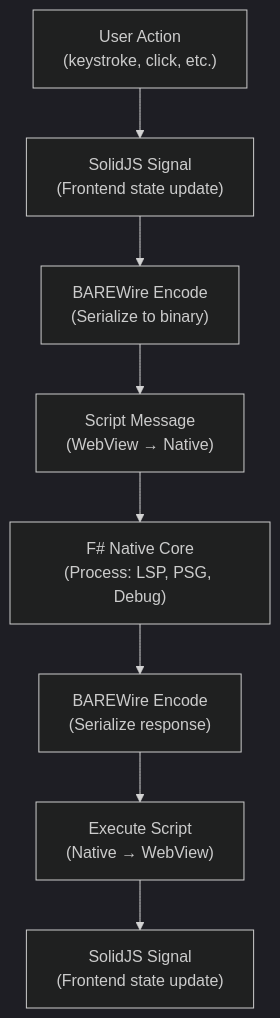
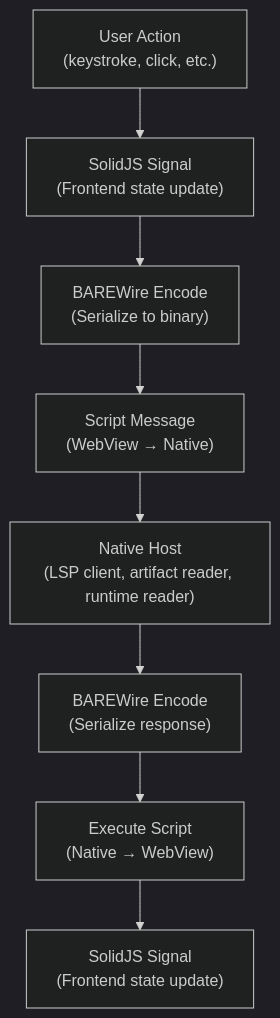
Before and after one commit to FidelityFramework/Atelier: the third of 4 diagrams in docs/00_architecture.md, drawn with Mermaid (dark theme). The commit also changed other lines of this file and 23 other files, not shown here.

````diff
--- a/docs/00_architecture.md
+++ b/docs/00_architecture.md
@@ -160,13 +160,13 @@
 ```mermaid
 flowchart TB
     action["User Action<br/>(keystroke, click, etc.)"]
     signal1["SolidJS Signal<br/>(Frontend state update)"]
     encode1["BAREWire Encode<br/>(Serialize to binary)"]
     scriptmsg["Script Message<br/>(WebView → Native)"]
-    native["F# Native Core<br/>(Process: LSP, PSG, Debug)"]
+    native["Native Host<br/>(LSP client, artifact reader, runtime reader)"]
     encode2["BAREWire Encode<br/>(Serialize response)"]
     execscript["Execute Script<br/>(Native → WebView)"]
     signal2["SolidJS Signal<br/>(Frontend state update)"]
 
     action --> signal1 --> encode1 --> scriptmsg --> native --> encode2 --> execscript --> signal2
 ```
````
